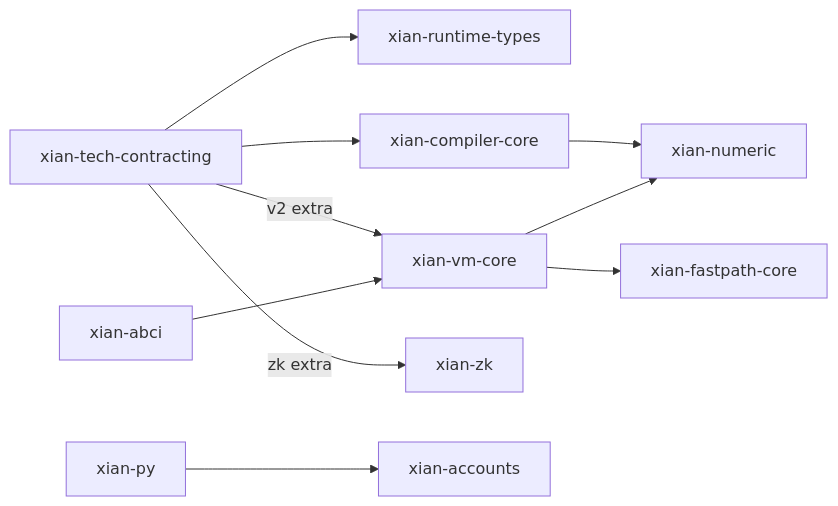
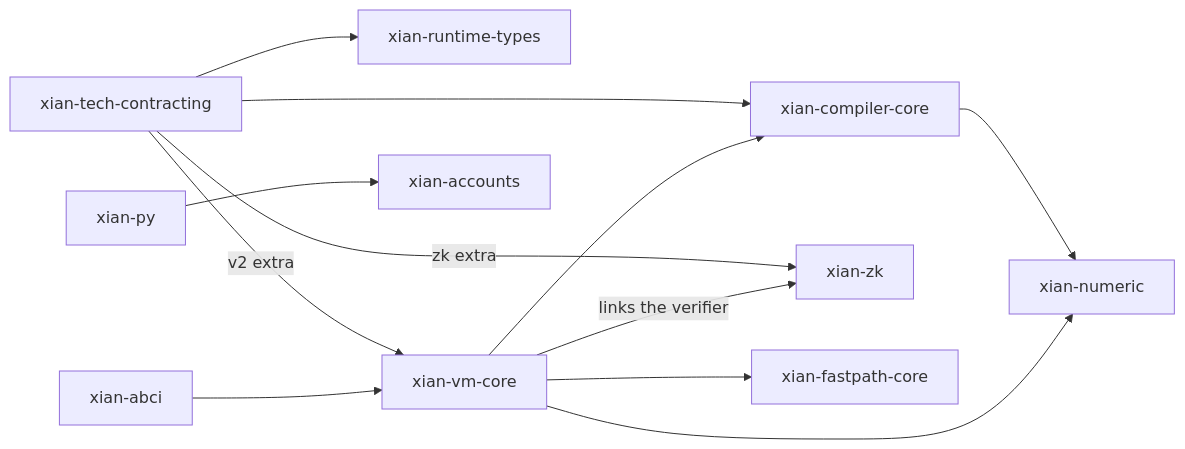
One commit to xian-technology/xian-contracting changed the diagram in packages/README.md. Above: the diagram before and after it, drawn with Mermaid. The commit also changed other lines of this file and 23 other files, not shown here.

````diff
--- a/packages/README.md
+++ b/packages/README.md
@@ -21,12 +21,14 @@
 ```mermaid
 flowchart LR
   Contracting["xian-tech-contracting"] --> RuntimeTypes["xian-runtime-types"]
   Contracting --> Compiler["xian-compiler-core"]
   Contracting -->|v2 extra| VM["xian-vm-core"]
   Contracting -->|zk extra| ZK["xian-zk"]
   ABCI["xian-abci"] --> VM
   VM --> Fastpath["xian-fastpath-core"]
   SDK["xian-py"] --> Accounts["xian-accounts"]
   Compiler --> Numeric["xian-numeric"]
   VM --> Numeric
+  VM --> Compiler
+  VM -->|links the verifier| ZK
 ```
````
